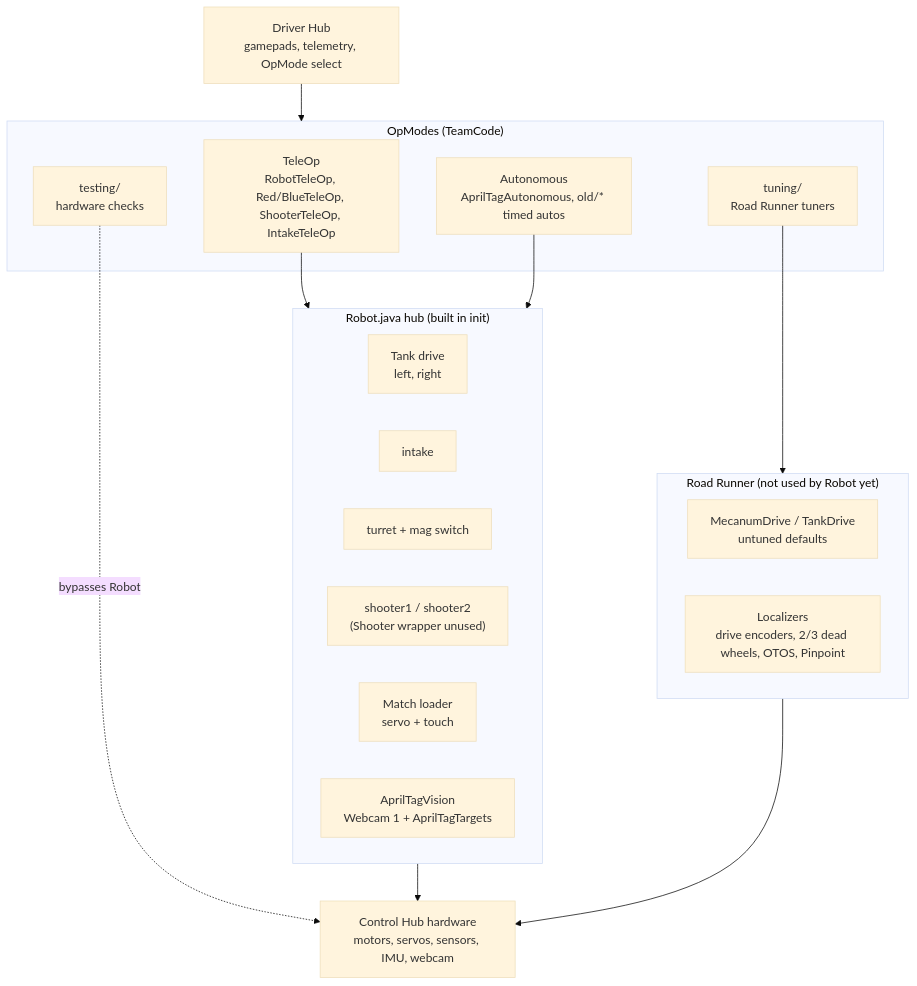
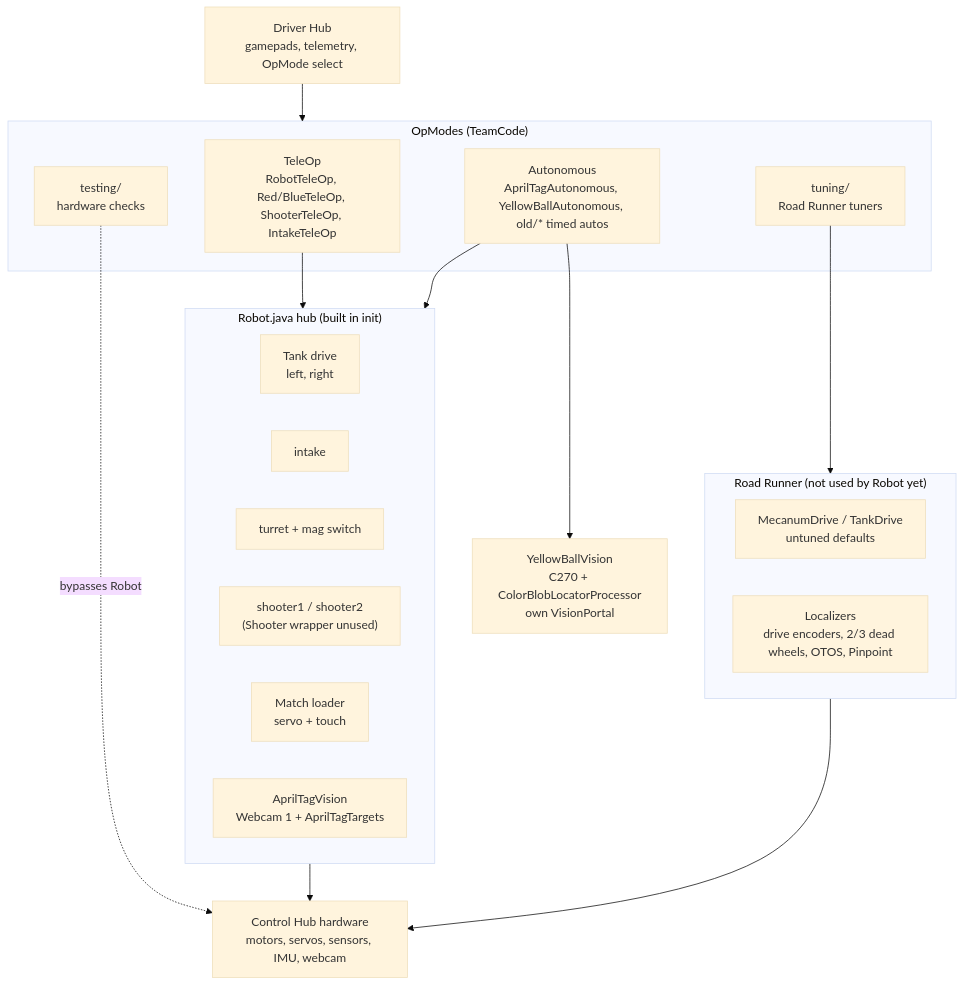
One commit to Underengineered-Toasters/FTC_-UnderEngineeredToasters27 changed the first of 6 diagrams in DESIGN.md. Above: the diagram before and after it, drawn with Mermaid (base theme). The commit also changed other lines of this file and 9 other files, not shown here.

Commit message:
Adding yellow ball aton

````diff
--- a/DESIGN.md
+++ b/DESIGN.md
@@ -27,33 +27,34 @@
 ```mermaid
 flowchart TD
     DH["Driver Hub<br/>gamepads, telemetry, OpMode select"] --> OM
 
     subgraph OM["OpModes (TeamCode)"]
         TO["TeleOp<br/>RobotTeleOp, Red/BlueTeleOp, ShooterTeleOp, IntakeTeleOp"]
-        AU["Autonomous<br/>AprilTagAutonomous, old/* timed autos"]
+        AU["Autonomous<br/>AprilTagAutonomous, YellowBallAutonomous, old/* timed autos"]
         TS["testing/<br/>hardware checks"]
         TU["tuning/<br/>Road Runner tuners"]
     end
 
     TO --> R
     AU --> R
+    AU --> YBV["YellowBallVision<br/>C270 + ColorBlobLocatorProcessor<br/>own VisionPortal"]
     TU --> RR
     TS -. bypasses Robot .-> HW
 
     subgraph R["Robot.java hub (built in init)"]
         DRV["Tank drive<br/>left, right"]
         INT["intake"]
         TUR["turret + mag switch"]
         SHO["shooter1 / shooter2<br/>(Shooter wrapper unused)"]
         ML["Match loader<br/>servo + touch"]
         VIS["AprilTagVision<br/>Webcam 1 + AprilTagTargets"]
     end
 
     subgraph RR["Road Runner (not used by Robot yet)"]
         MD["MecanumDrive / TankDrive<br/>untuned defaults"]
         LOC["Localizers<br/>drive encoders, 2/3 dead wheels, OTOS, Pinpoint"]
     end
 
     R --> HW["Control Hub hardware<br/>motors, servos, sensors, IMU, webcam"]
     RR --> HW
 ```
````
